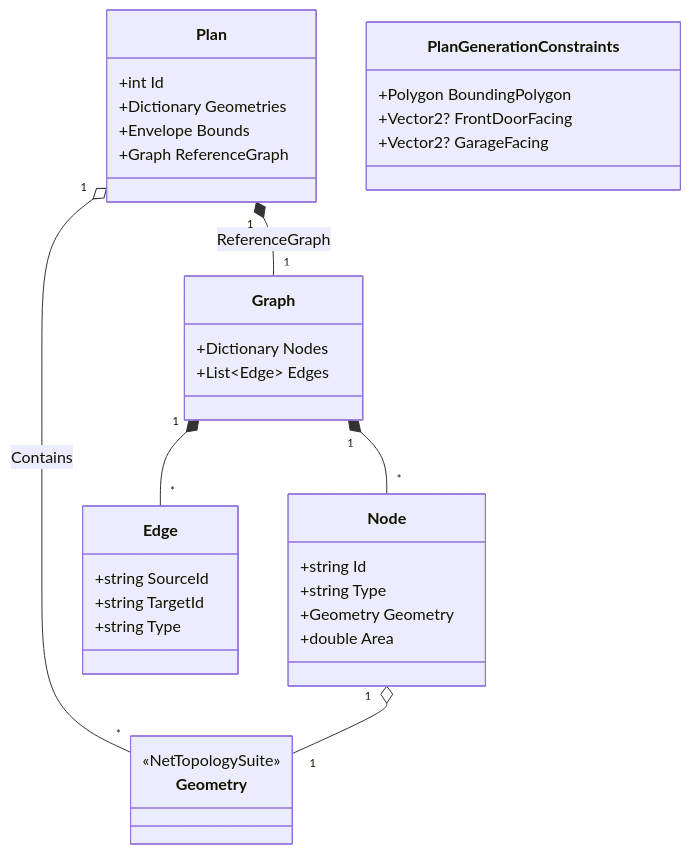
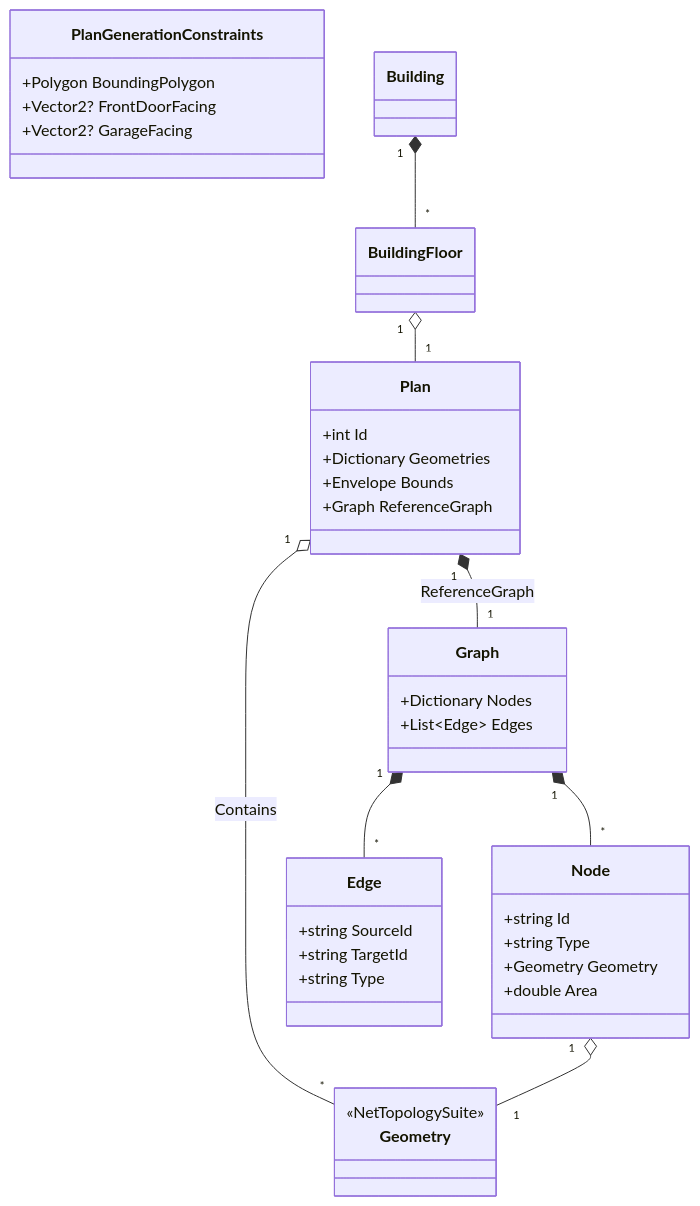
The third of 3 diagrams in DOCUMENTATION.md (Xyrces/resPlan.NET), drawn with Mermaid before and after one commit. The commit also changed other lines of this file and 2 other files, not shown here.

First line of the commit message:
Implement Multi-Story Building Generator

````diff
--- a/DOCUMENTATION.md
+++ b/DOCUMENTATION.md
@@ -80,43 +82,45 @@
 ```mermaid
 classDiagram
     class Plan {
         +int Id
         +Dictionary Geometries
         +Envelope Bounds
         +Graph ReferenceGraph
     }
 
     class PlanGenerationConstraints {
         +Polygon BoundingPolygon
         +Vector2? FrontDoorFacing
         +Vector2? GarageFacing
     }
 
     class Graph {
         +Dictionary Nodes
         +List~Edge~ Edges
     }
 
     class Node {
         +string Id
         +string Type
         +Geometry Geometry
         +double Area
     }
 
     class Edge {
         +string SourceId
         +string TargetId
         +string Type
     }
 
     class Geometry {
         <<NetTopologySuite>>
     }
 
     Plan "1" *-- "1" Graph : ReferenceGraph
     Plan "1" o-- "*" Geometry : Contains
     Graph "1" *-- "*" Node
     Graph "1" *-- "*" Edge
     Node "1" o-- "1" Geometry
+    Building "1" *-- "*" BuildingFloor
+    BuildingFloor "1" o-- "1" Plan
 ```
````
